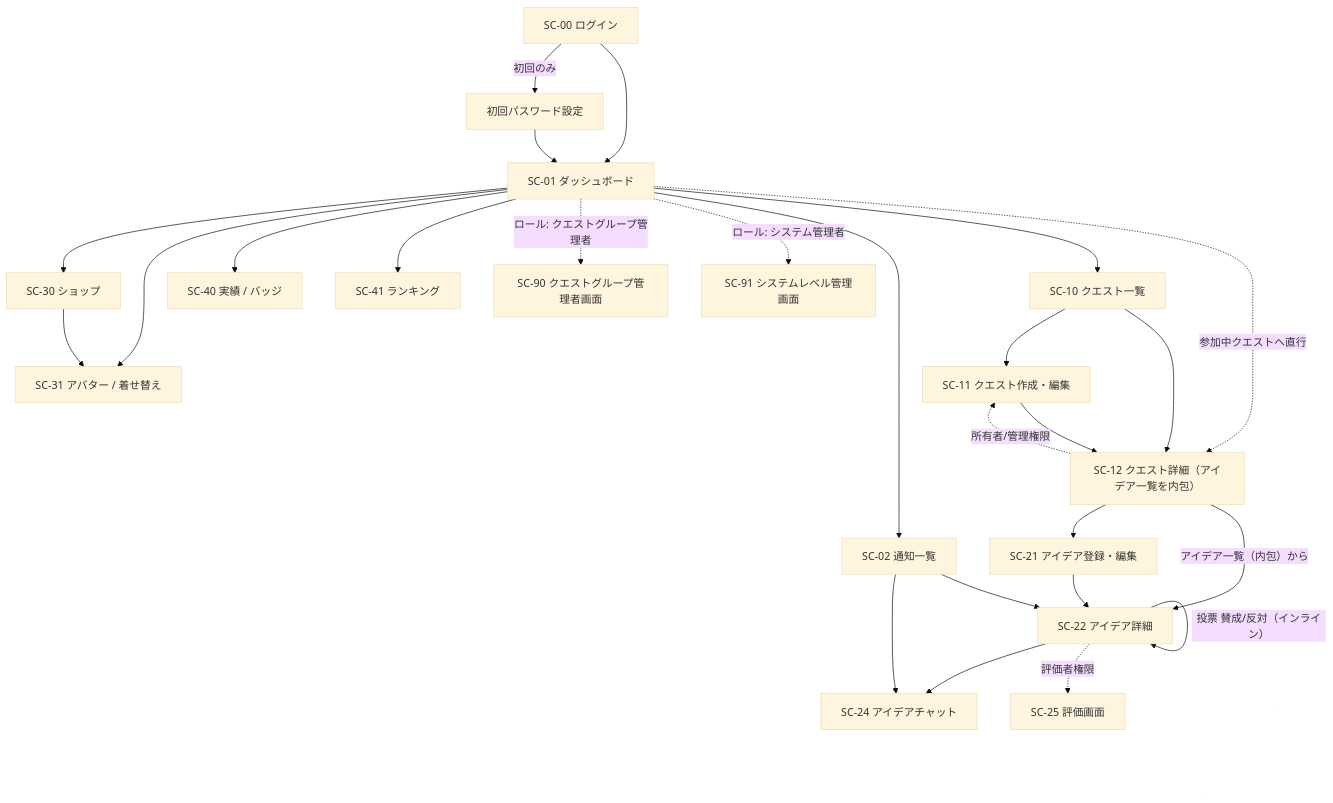
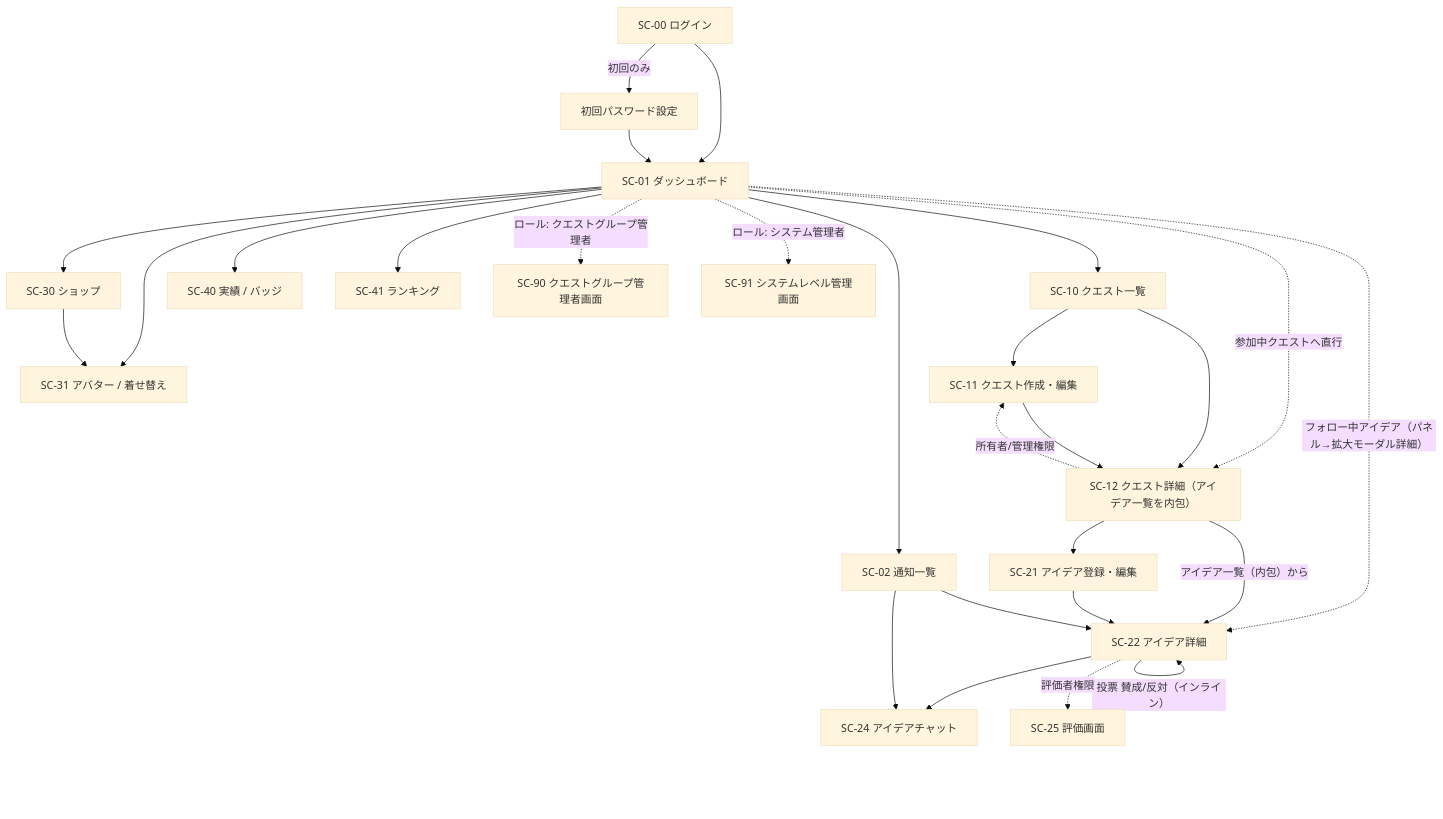
One commit to t-umekawa-sc/sc-ideaquest-G2 changed the diagram in doc/画面設計/画面遷移図.md. Above: the diagram before and after it, drawn with Mermaid (base theme). The commit also changed other lines of this file and 6 other files, not shown here.

````diff
--- a/doc/画面設計/画面遷移図.md
+++ b/doc/画面設計/画面遷移図.md
@@ -36,34 +37,35 @@
 ```mermaid
 flowchart TD
     LOGIN["SC-00 ログイン"] -->|"初回のみ"| PWSET["初回パスワード設定"]
     LOGIN --> DASH["SC-01 ダッシュボード"]
     PWSET --> DASH
 
     DASH --> QLIST["SC-10 クエスト一覧"]
     DASH -. "参加中クエストへ直行" .-> QDETAIL["SC-12 クエスト詳細（アイデア一覧を内包）"]
+    DASH -. "フォロー中アイデア（パネル→拡大モーダル詳細）" .-> IDETAIL["SC-22 アイデア詳細"]
     DASH --> SHOP["SC-30 ショップ"]
     DASH --> AVATAR["SC-31 アバター / 着せ替え"]
     DASH --> NOTIF["SC-02 通知一覧"]
     DASH --> ACHIEVE["SC-40 実績 / バッジ"]
     DASH --> RANK["SC-41 ランキング"]
     DASH -. "ロール: クエストグループ管理者" .-> QGADMIN["SC-90 クエストグループ管理者画面"]
     DASH -. "ロール: システム管理者" .-> SYSADMIN["SC-91 システムレベル管理画面"]
 
     QLIST --> QNEW["SC-11 クエスト作成・編集"]
     QLIST --> QDETAIL
     QNEW --> QDETAIL
 
     QDETAIL -->|"アイデア一覧（内包）から"| IDETAIL["SC-22 アイデア詳細"]
     QDETAIL --> INEW["SC-21 アイデア登録・編集"]
     QDETAIL -. "所有者/管理権限" .-> QNEW
     INEW --> IDETAIL
 
     IDETAIL -->|"投票 賛成/反対（インライン）"| IDETAIL
     IDETAIL --> CHAT["SC-24 アイデアチャット"]
     IDETAIL -. "評価者権限" .-> EVAL["SC-25 評価画面"]
 
     SHOP --> AVATAR
 
     NOTIF --> IDETAIL
     NOTIF --> CHAT
 ```
````
